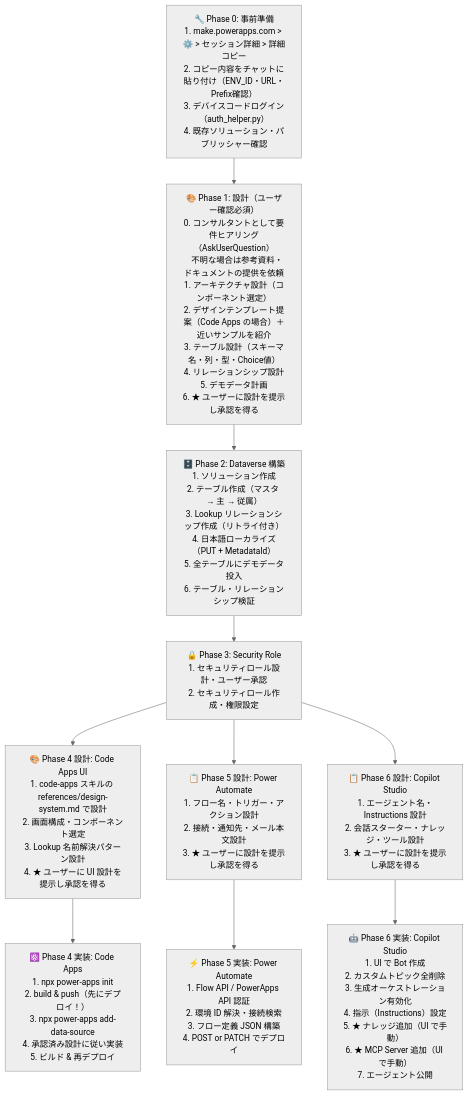
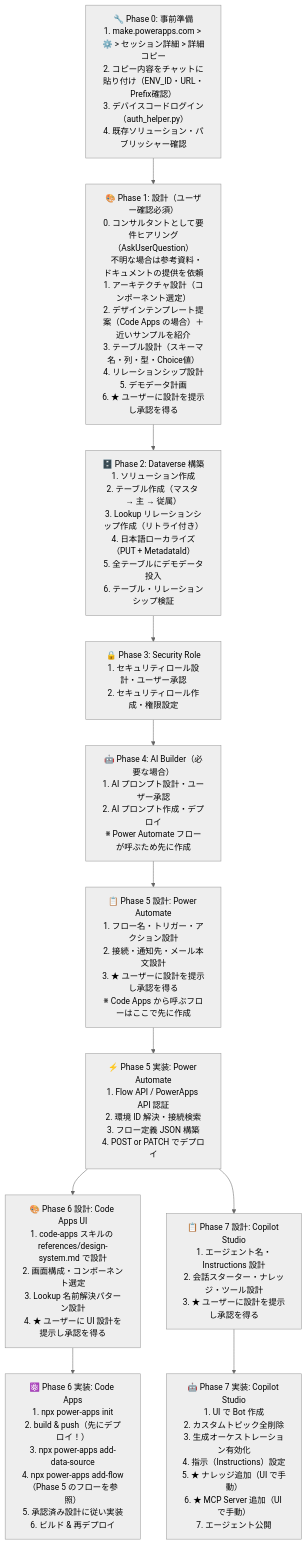
One commit to geekfujiwara/CodeAppsDevelopmentStandard changed the diagram in .github/skills/standard/references/power-platform-development-standard.md. Above: the diagram before and after it, drawn with Mermaid (neutral theme). The commit also changed other lines of this file and 2 other files, not shown here.

Commit message:
reorder phases to respect component dependencies
依存関係に基づいてフェーズ順序を修正:
  AI Builder (4) → Power Automate (5) → Code Apps (6) → Copilot Studio (7)

- AI Builder プロンプトは Power Automate フローが呼ぶため先に作成
- Power Automate フローは Code Apps が add-flow で参照するため先に作成
- mermaid 図・チェックリスト・フェーズ表を更新

https://claude.ai/code/session_01U5CaQFC7p7D63AJTfVSzbK

````diff
--- a/.github/skills/standard/references/power-platform-development-standard.md
+++ b/.github/skills/standard/references/power-platform-development-standard.md
@@ -1449,27 +1449,29 @@
 ```mermaid
 flowchart TD
     P0["🔧 Phase 0: 事前準備\n1. make.powerapps.com > ⚙️ > セッション詳細 > 詳細コピー\n2. コピー内容をチャットに貼り付け（ENV_ID・URL・Prefix確認）\n3. デバイスコードログイン（auth_helper.py）\n4. 既存ソリューション・パブリッシャー確認"]
 
     P1["🎨 Phase 1: 設計（ユーザー確認必須）\n0. コンサルタントとして要件ヒアリング（AskUserQuestion）\n   不明な場合は参考資料・ドキュメントの提供を依頼\n1. アーキテクチャ設計（コンポーネント選定）\n2. デザインテンプレート提案（Code Apps の場合）＋近いサンプルを紹介\n3. テーブル設計（スキーマ名・列・型・Choice値）\n4. リレーションシップ設計\n5. デモデータ計画\n6. ★ ユーザーに設計を提示し承認を得る"]
 
     P2["🗄️ Phase 2: Dataverse 構築\n1. ソリューション作成\n2. テーブル作成（マスタ → 主 → 従属）\n3. Lookup リレーションシップ作成（リトライ付き）\n4. 日本語ローカライズ（PUT + MetadataId）\n5. 全テーブルにデモデータ投入\n6. テーブル・リレーションシップ検証"]
 
     P3["🔒 Phase 3: Security Role\n1. セキュリティロール設計・ユーザー承認\n2. セキュリティロール作成・権限設定"]
 
-    P4D["🎨 Phase 4 設計: Code Apps UI\n1. code-apps スキルの references/design-system.md で設計\n2. 画面構成・コンポーネント選定\n3. Lookup 名前解決パターン設計\n4. ★ ユーザーに UI 設計を提示し承認を得る"]
+    P4["🤖 Phase 4: AI Builder（必要な場合）\n1. AI プロンプト設計・ユーザー承認\n2. AI プロンプト作成・デプロイ\n※ Power Automate フローが呼ぶため先に作成"]
 
-    P4["⚛️ Phase 4 実装: Code Apps\n1. npx power-apps init\n2. build & push（先にデプロイ！）\n3. npx power-apps add-data-source\n4. 承認済み設計に従い実装\n5. ビルド & 再デプロイ"]
-
-    P5D["📋 Phase 5 設計: Power Automate\n1. フロー名・トリガー・アクション設計\n2. 接続・通知先・メール本文設計\n3. ★ ユーザーに設計を提示し承認を得る"]
+    P5D["📋 Phase 5 設計: Power Automate\n1. フロー名・トリガー・アクション設計\n2. 接続・通知先・メール本文設計\n3. ★ ユーザーに設計を提示し承認を得る\n※ Code Apps から呼ぶフローはここで先に作成"]
 
     P5["⚡ Phase 5 実装: Power Automate\n1. Flow API / PowerApps API 認証\n2. 環境 ID 解決・接続検索\n3. フロー定義 JSON 構築\n4. POST or PATCH でデプロイ"]
 
-    P6D["📋 Phase 6 設計: Copilot Studio\n1. エージェント名・Instructions 設計\n2. 会話スターター・ナレッジ・ツール設計\n3. ★ ユーザーに設計を提示し承認を得る"]
+    P6D["🎨 Phase 6 設計: Code Apps UI\n1. code-apps スキルの references/design-system.md で設計\n2. 画面構成・コンポーネント選定\n3. Lookup 名前解決パターン設計\n4. ★ ユーザーに UI 設計を提示し承認を得る"]
 
-    P6["🤖 Phase 6 実装: Copilot Studio\n1. UI で Bot 作成\n2. カスタムトピック全削除\n3. 生成オーケストレーション有効化\n4. 指示（Instructions）設定\n5. ★ ナレッジ追加（UI で手動）\n6. ★ MCP Server 追加（UI で手動）\n7. エージェント公開"]
+    P6["⚛️ Phase 6 実装: Code Apps\n1. npx power-apps init\n2. build & push（先にデプロイ！）\n3. npx power-apps add-data-source\n4. npx power-apps add-flow（Phase 5 のフローを参照）\n5. 承認済み設計に従い実装\n6. ビルド & 再デプロイ"]
 
-    P0 --> P1 --> P2 --> P3
-    P3 --> P4D --> P4
-    P3 --> P5D --> P5
-    P3 --> P6D --> P6
+    P7D["📋 Phase 7 設計: Copilot Studio\n1. エージェント名・Instructions 設計\n2. 会話スターター・ナレッジ・ツール設計\n3. ★ ユーザーに設計を提示し承認を得る"]
+
+    P7["🤖 Phase 7 実装: Copilot Studio\n1. UI で Bot 作成\n2. カスタムトピック全削除\n3. 生成オーケストレーション有効化\n4. 指示（Instructions）設定\n5. ★ ナレッジ追加（UI で手動）\n6. ★ MCP Server 追加（UI で手動）\n7. エージェント公開"]
+
+    P0 --> P1 --> P2 --> P3 --> P4
+    P4 --> P5D --> P5
+    P5 --> P6D --> P6
+    P5 --> P7D --> P7
 ```
````
